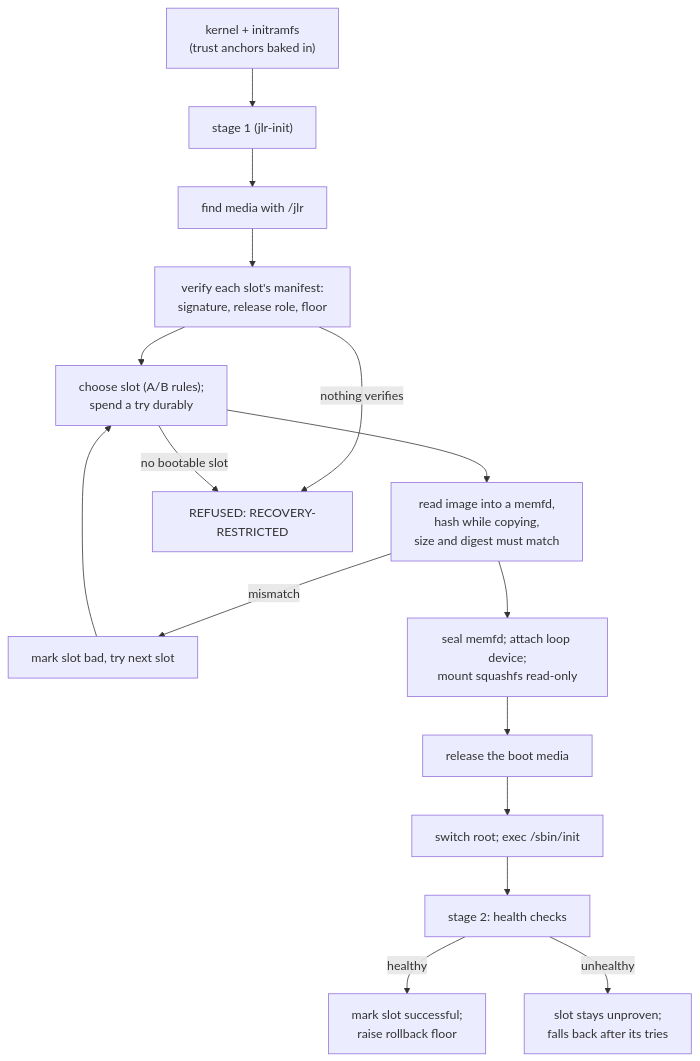
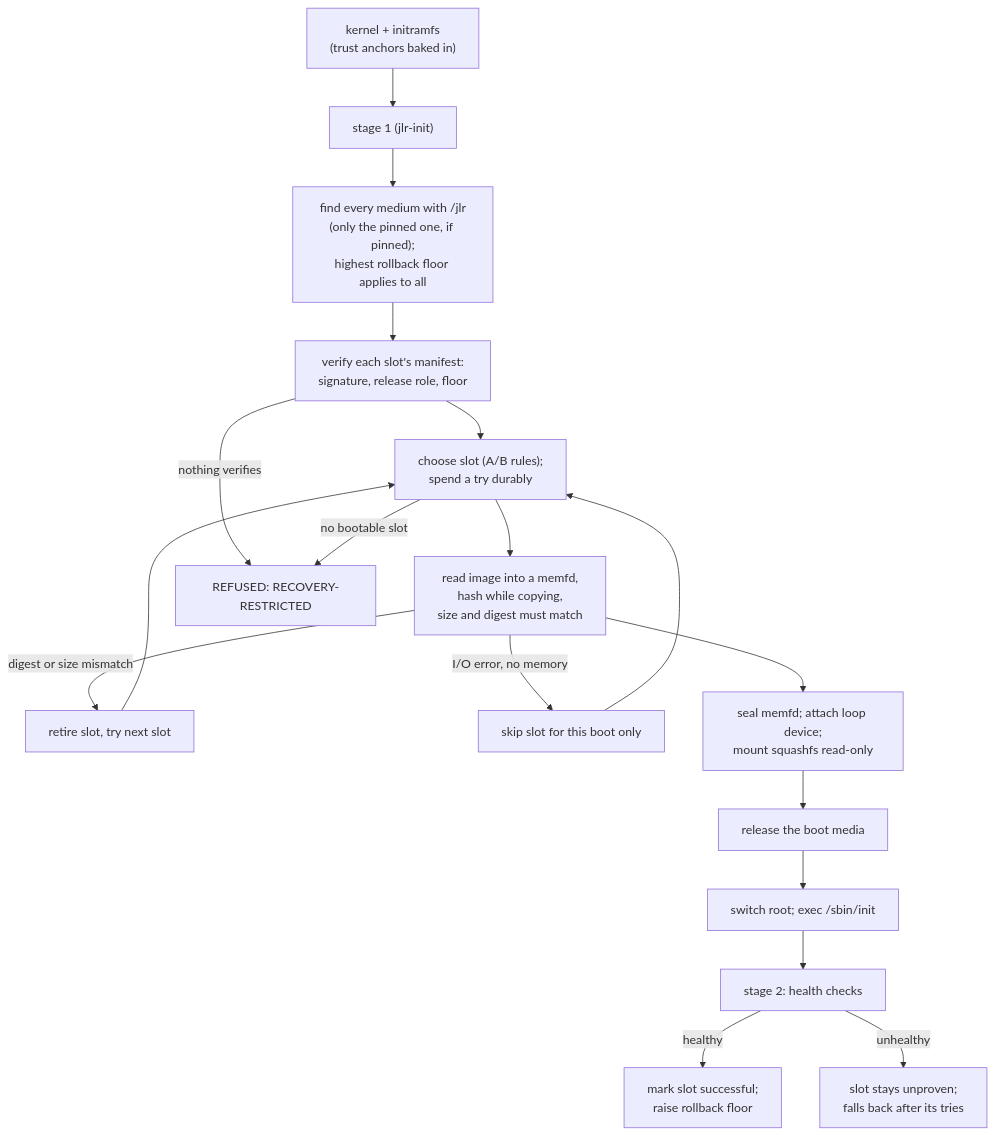
The diagram in docs/BOOT_INSTALLATION.md (chasebryan/JLR), drawn with Mermaid before and after one commit. The commit also changed other lines of this file and 49 other files, not shown here.

````diff
--- a/docs/BOOT_INSTALLATION.md
+++ b/docs/BOOT_INSTALLATION.md
@@ -16,18 +16,20 @@
 ```mermaid
 flowchart TB
     A["kernel + initramfs<br/>(trust anchors baked in)"] --> B["stage 1 (jlr-init)"]
-    B --> C["find media with /jlr"]
+    B --> C["find every medium with /jlr<br/>(only the pinned one, if pinned);<br/>highest rollback floor applies to all"]
     C --> D["verify each slot's manifest:<br/>signature, release role, floor"]
     D --> E["choose slot (A/B rules);<br/>spend a try durably"]
     E --> F["read image into a memfd,<br/>hash while copying,<br/>size and digest must match"]
-    F -->|mismatch| G["mark slot bad, try next slot"]
+    F -->|"digest or size mismatch"| G["retire slot, try next slot"]
+    F -->|"I/O error, no memory"| G2["skip slot for this boot only"]
     G --> E
+    G2 --> E
     F --> H["seal memfd; attach loop device;<br/>mount squashfs read-only"]
     H --> I["release the boot media"]
     I --> J["switch root; exec /sbin/init"]
     J --> K["stage 2: health checks"]
     K -->|healthy| L["mark slot successful;<br/>raise rollback floor"]
     K -->|unhealthy| M["slot stays unproven;<br/>falls back after its tries"]
     D -->|nothing verifies| R["REFUSED: RECOVERY-RESTRICTED"]
     E -->|no bootable slot| R
 ```
````
